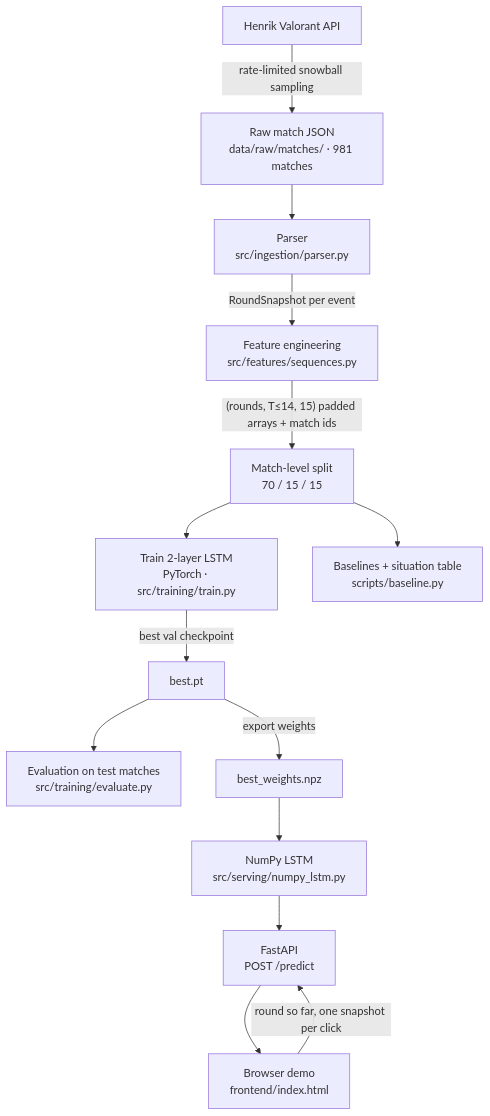
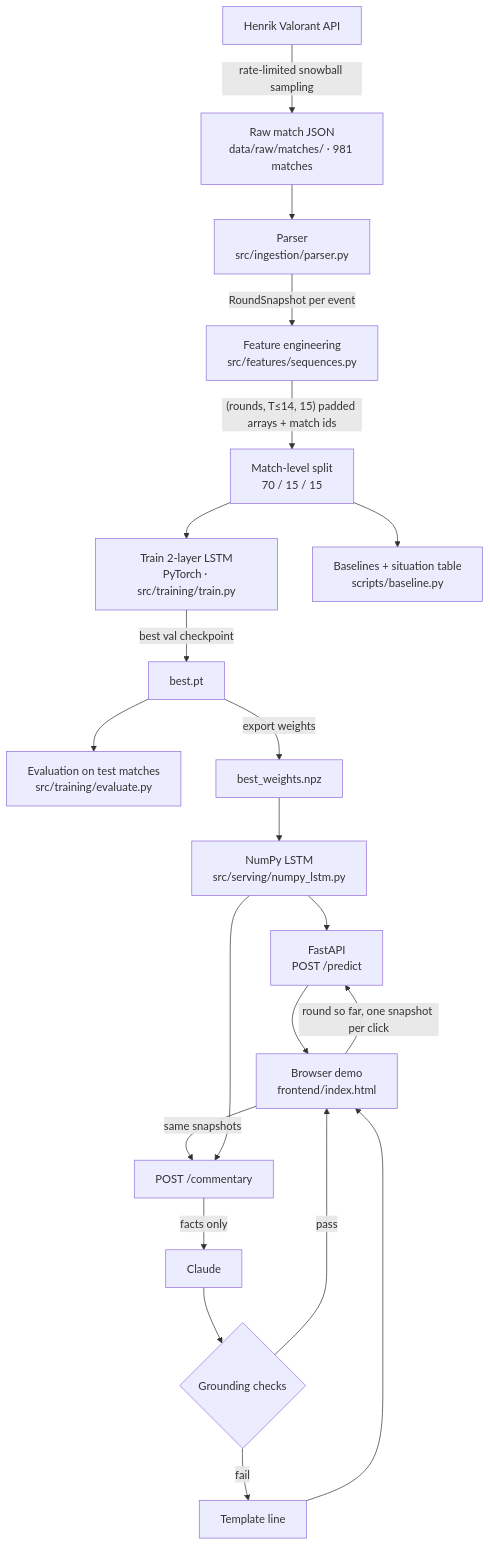
One commit to jefferinooo/valorant-predictor changed the diagram in docs/ARCHITECTURE.md. Above: the diagram before and after it, drawn with Mermaid. The commit also changed other lines of this file and 14 other files, not shown here.

````diff
--- a/docs/ARCHITECTURE.md
+++ b/docs/ARCHITECTURE.md
@@ -5,16 +5,22 @@
 ```mermaid
 flowchart TD
     A[Henrik Valorant API] -->|rate-limited snowball sampling| B[Raw match JSON<br/>data/raw/matches/ · 981 matches]
     B --> C[Parser<br/>src/ingestion/parser.py]
     C -->|RoundSnapshot per event| D[Feature engineering<br/>src/features/sequences.py]
     D -->|"(rounds, T≤14, 15) padded arrays + match ids"| E[Match-level split<br/>70 / 15 / 15]
     E --> F[Train 2-layer LSTM<br/>PyTorch · src/training/train.py]
     E --> G[Baselines + situation table<br/>scripts/baseline.py]
     F -->|best val checkpoint| H[best.pt]
     H --> I[Evaluation on test matches<br/>src/training/evaluate.py]
     H -->|export weights| J[best_weights.npz]
     J --> K[NumPy LSTM<br/>src/serving/numpy_lstm.py]
     K --> L[FastAPI<br/>POST /predict]
     L --> M[Browser demo<br/>frontend/index.html]
     M -->|round so far, one snapshot per click| L
+    M -->|same snapshots| N[POST /commentary]
+    K --> N
+    N -->|facts only| O[Claude]
+    O --> P{Grounding checks}
+    P -->|pass| M
+    P -->|fail| Q[Template line] --> M
 ```
````
